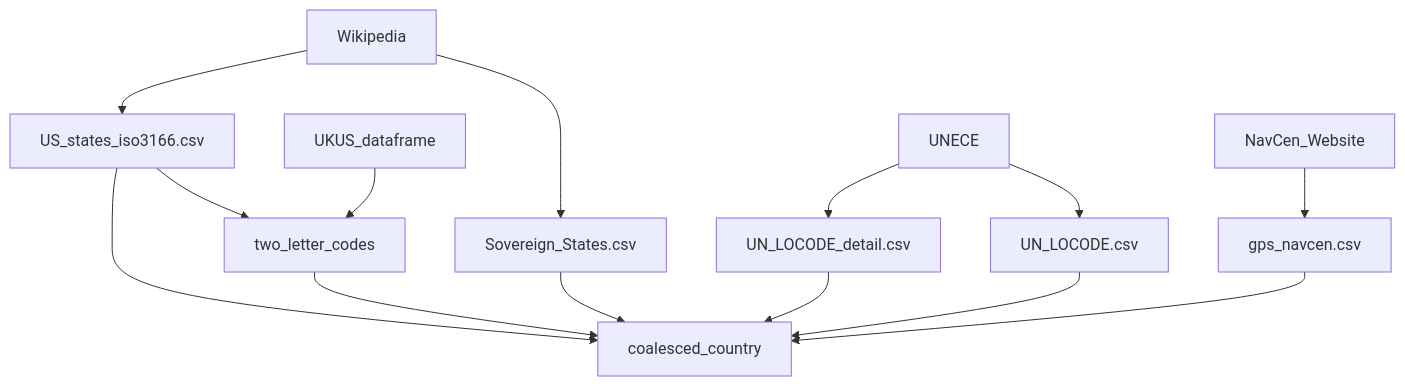
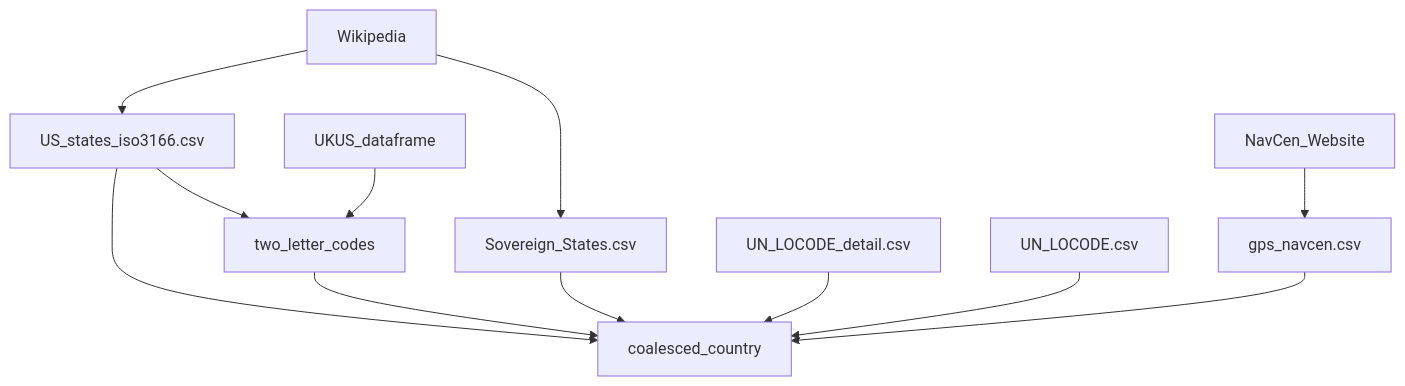
The diagram in README.md (stelios-c/GPS_analysis), drawn with Mermaid before and after one commit. The commit also changed other lines of this file, not shown here.

Commit message:
reflect wiki new license compatible with GPL, and removal of UN data

````diff
--- a/README.md
+++ b/README.md
@@ -13,17 +13,15 @@
 ```mermaid
 graph TD;
     NavCen_Website-->gps_navcen.csv;
     Wikipedia--> US_states_iso3166.csv;
     Wikipedia--> Sovereign_States.csv;
-    UNECE-->UN_LOCODE_detail.csv
-    UNECE-->UN_LOCODE.csv
     US_states_iso3166.csv--> two_letter_codes;
     UKUS_dataframe--> two_letter_codes;
     US_states_iso3166.csv-->coalesced_country;
     two_letter_codes-->coalesced_country;
     Sovereign_States.csv-->coalesced_country;
     UN_LOCODE_detail.csv-->coalesced_country;
     UN_LOCODE.csv-->coalesced_country;
     gps_navcen.csv-->coalesced_country;
     
  ```
````
